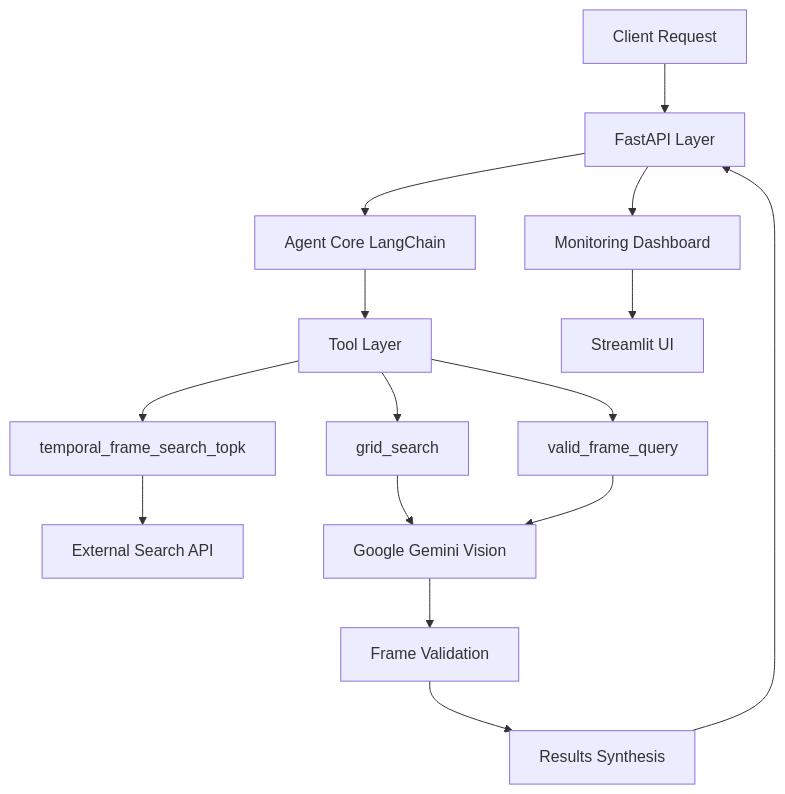
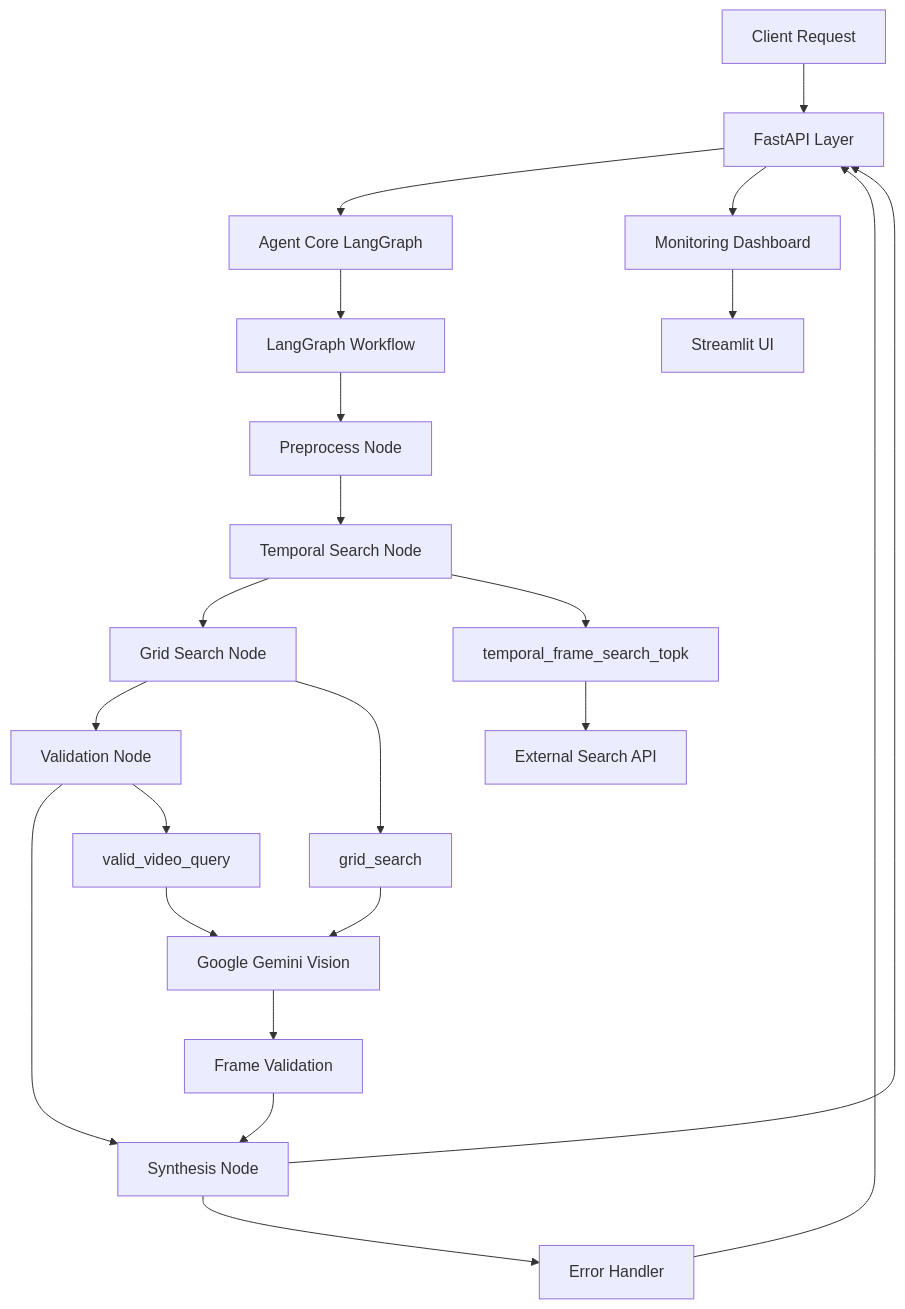
The first of 2 diagrams in agentic_rag/README.md (trandiepp2105/lucifer-aic-2025), drawn with Mermaid before and after one commit. The commit also changed other lines of this file and 27 other files, not shown here.

````diff
--- a/agentic_rag/README.md
+++ b/agentic_rag/README.md
@@ -26,21 +27,29 @@
 ```mermaid
 graph TB
     A[Client Request] --> B[FastAPI Layer]
-    B --> C[Agent Core LangChain]
-    C --> D[Tool Layer]
+    B --> C[Agent Core LangGraph]
+    C --> D[LangGraph Workflow]
     
-    D --> E[temporal_frame_search_topk]
-    D --> F[grid_search]
-    D --> G[valid_frame_query]
+    D --> E[Preprocess Node]
+    E --> F[Temporal Search Node]
+    F --> G[Grid Search Node]
+    G --> H[Validation Node]
+    H --> I[Synthesis Node]
     
-    E --> H[External Search API]
-    F --> I[Google Gemini Vision]
-    G --> I
+    F --> J[temporal_frame_search_topk]
+    G --> K[grid_search]
+    H --> L[valid_video_query]
     
-    I --> J[Frame Validation]
-    J --> K[Results Synthesis]
-    K --> B
+    J --> M[External Search API]
+    K --> N[Google Gemini Vision]
+    L --> N
     
-    B --> L[Monitoring Dashboard]
-    L --> M[Streamlit UI]
+    N --> O[Frame Validation]
+    O --> I
+    I --> P[Error Handler]
+    I --> B
+    P --> B
+    
+    B --> Q[Monitoring Dashboard]
+    Q --> R[Streamlit UI]
 ```
````
